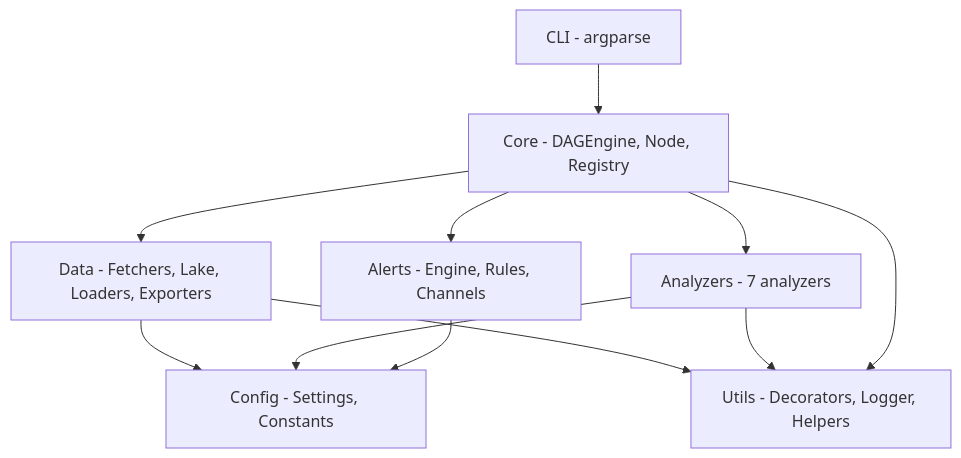
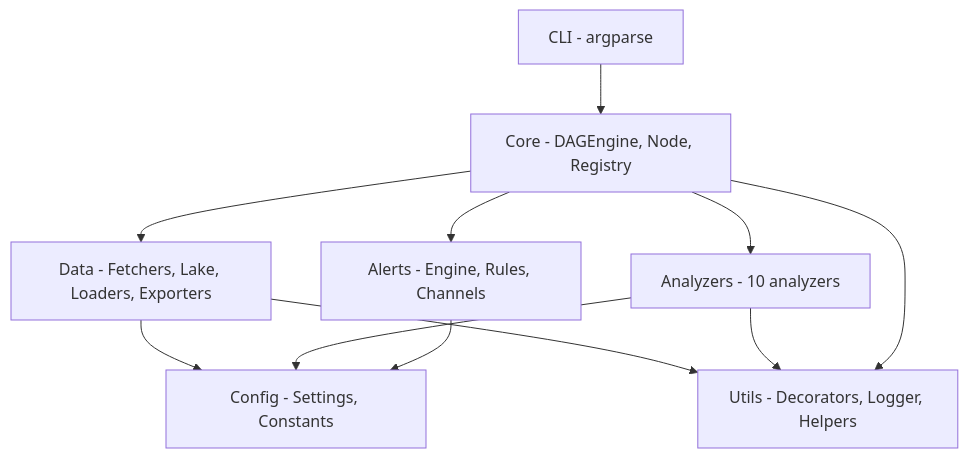
The second of 4 diagrams in docs/system/architecture.md (begalv/carteira_auto), drawn with Mermaid before and after one commit. The commit also changed other lines of this file and 7 other files, not shown here.

````diff
--- a/docs/system/architecture.md
+++ b/docs/system/architecture.md
@@ -74,13 +74,13 @@
 ```mermaid
 graph TB
     CLI[CLI - argparse] --> CORE[Core - DAGEngine, Node, Registry]
     CORE --> DATA[Data - Fetchers, Lake, Loaders, Exporters]
-    CORE --> ANALYZERS[Analyzers - 7 analyzers]
+    CORE --> ANALYZERS[Analyzers - 10 analyzers]
     CORE --> ALERTS[Alerts - Engine, Rules, Channels]
     DATA --> CONFIG[Config - Settings, Constants]
     ANALYZERS --> CONFIG
     ALERTS --> CONFIG
     DATA --> UTILS[Utils - Decorators, Logger, Helpers]
     ANALYZERS --> UTILS
     CORE --> UTILS
 ```
````
